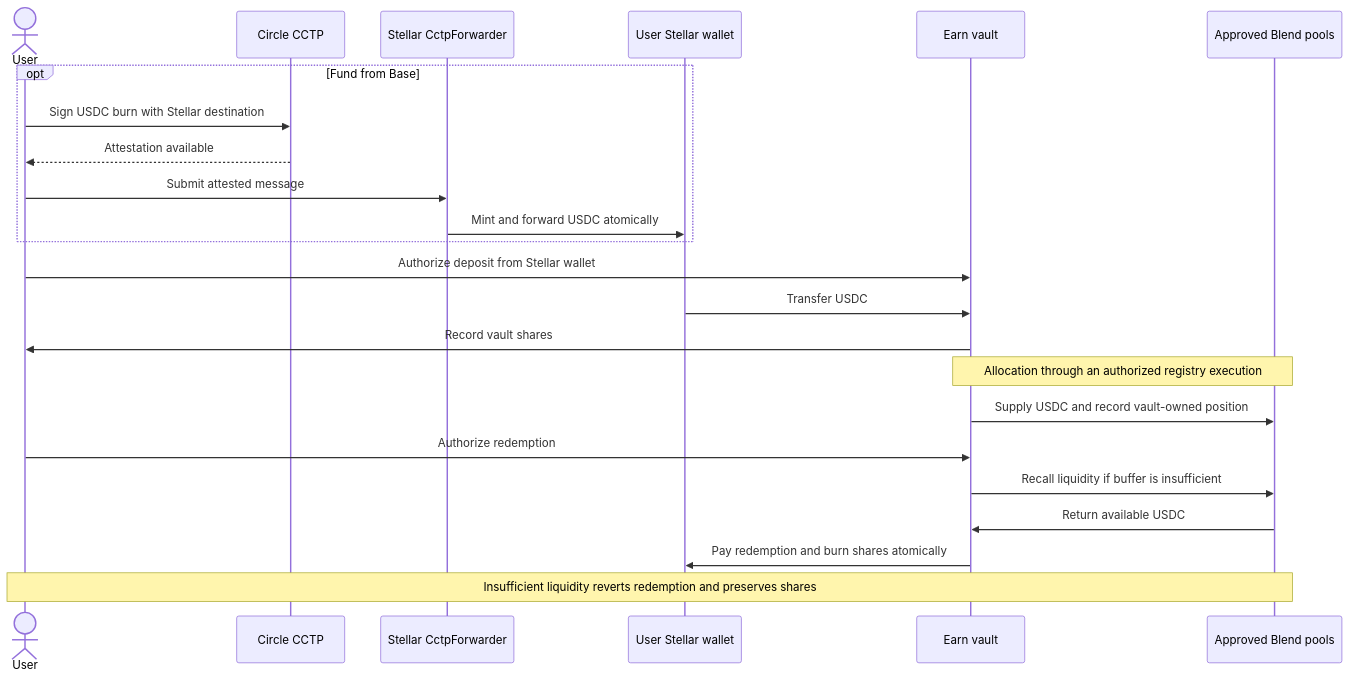
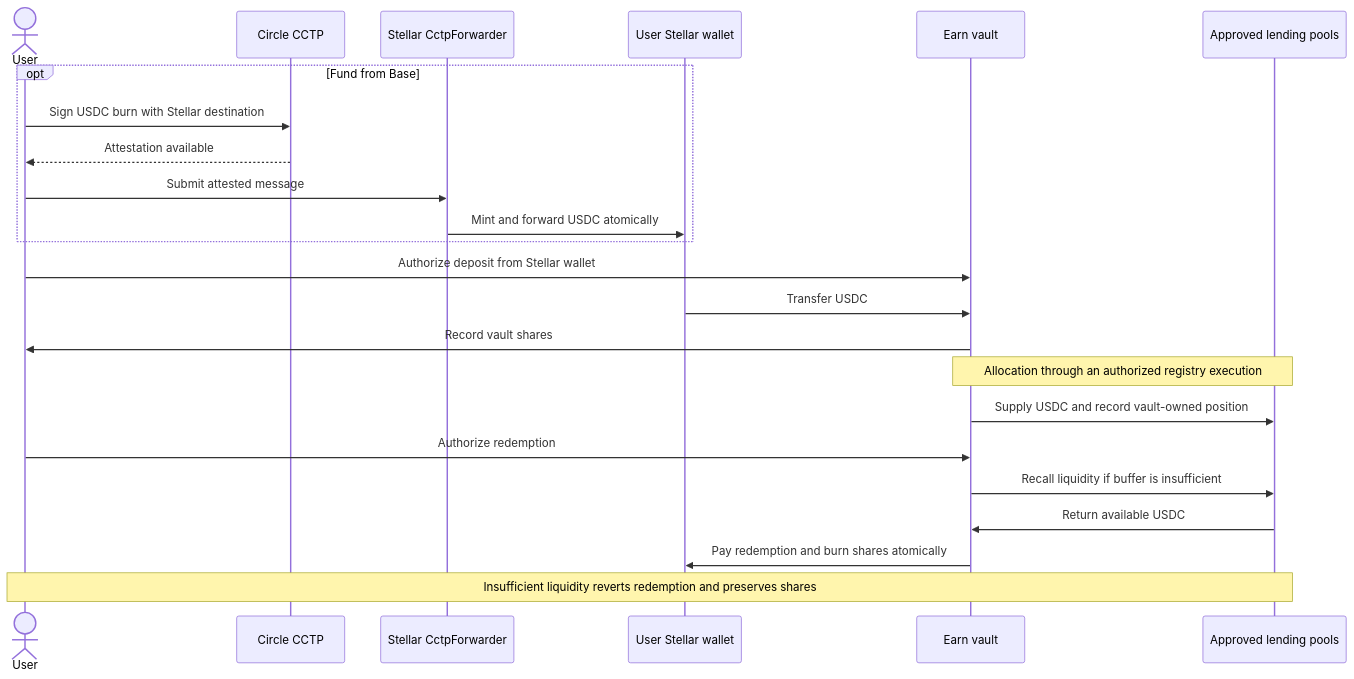
Before and after one commit to dittonetwork/stellar-automation: the first of 2 diagrams in docs/architecture.md, drawn with Mermaid. The commit also changed other lines of this file and 20 other files, not shown here.

````diff
--- a/docs/architecture.md
+++ b/docs/architecture.md
@@ -20,25 +20,25 @@
 ```mermaid
 sequenceDiagram
     actor U as User
     participant C as Circle CCTP
     participant F as Stellar CctpForwarder
     participant W as User Stellar wallet
     participant V as Earn vault
-    participant P as Approved Blend pools
+    participant P as Approved lending pools
     opt Fund from Base
         U->>C: Sign USDC burn with Stellar destination
         C-->>U: Attestation available
         U->>F: Submit attested message
         F->>W: Mint and forward USDC atomically
     end
     U->>V: Authorize deposit from Stellar wallet
     W->>V: Transfer USDC
     V->>U: Record vault shares
     Note over V,P: Allocation through an authorized registry execution
     V->>P: Supply USDC and record vault-owned position
     U->>V: Authorize redemption
     V->>P: Recall liquidity if buffer is insufficient
     P->>V: Return available USDC
     V->>W: Pay redemption and burn shares atomically
     Note over U,P: Insufficient liquidity reverts redemption and preserves shares
 ```
````
